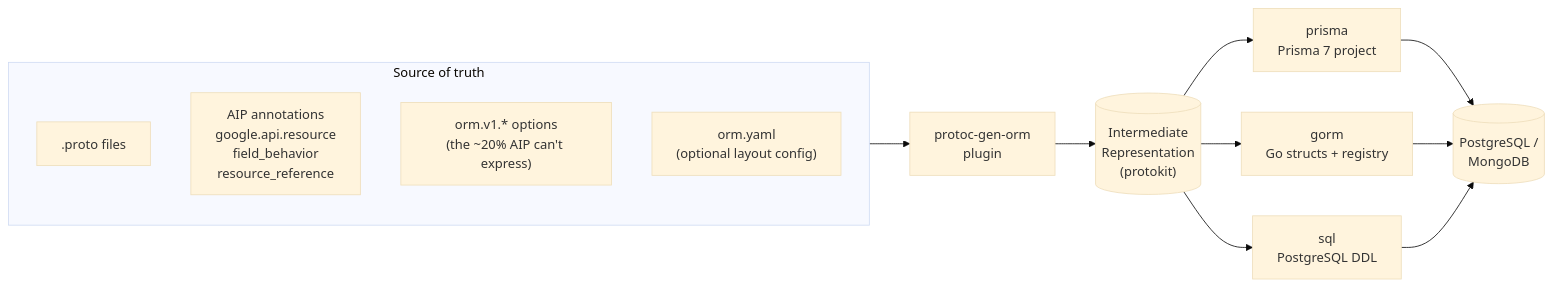
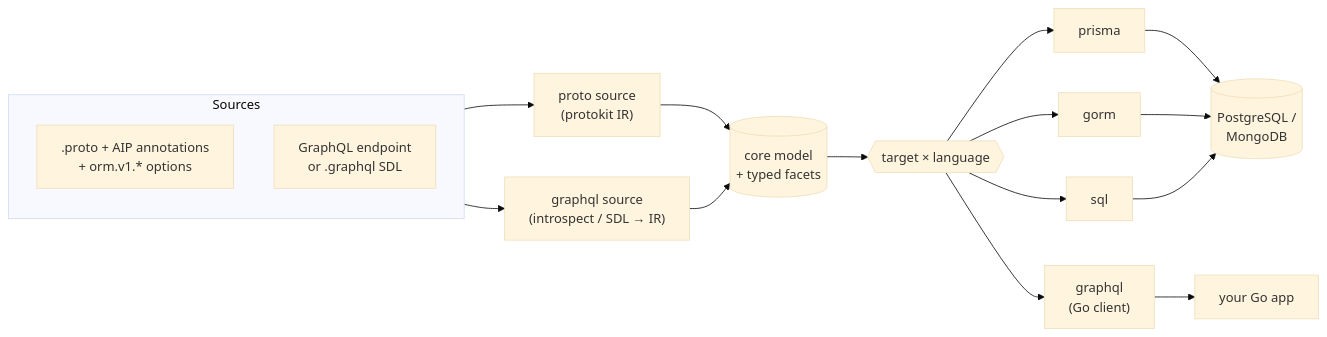
The first of 4 diagrams in README.md (the-protobuf-project/orm), drawn with Mermaid (base theme) before and after one commit. The commit also changed other lines of this file and 455 other files, not shown here.

First line of the commit message:
feat: add PostgreSQL schema and migration for kitchen database

````diff
--- a/README.md
+++ b/README.md
@@ -91,21 +108,24 @@
 ```mermaid
 flowchart LR
-    subgraph Source["Source of truth"]
+    subgraph Sources
         direction TB
-        P[".proto files"]
-        A["AIP annotations<br/>google.api.resource<br/>field_behavior<br/>resource_reference"]
-        O["orm.v1.* options<br/>(the ~20% AIP can't express)"]
-        C["orm.yaml<br/>(optional layout config)"]
+        P[".proto + AIP annotations<br/>+ orm.v1.* options"]
+        Q["GraphQL endpoint<br/>or .graphql SDL"]
     end
 
-    Source --> G["protoc-gen-orm<br/>plugin"]
-    G --> IR[("Intermediate<br/>Representation<br/>(protokit)")]
+    P --> PS["proto source<br/>(protokit IR)"]
+    Q --> QS["graphql source<br/>(introspect / SDL → IR)"]
+    PS --> M[("core model<br/>+ typed facets")]
+    QS --> M
 
-    IR --> PR["prisma<br/>Prisma 7 project"]
-    IR --> GO["gorm<br/>Go structs + registry"]
-    IR --> SQL["sql<br/>PostgreSQL DDL"]
+    M --> T{{"target × language"}}
+    T --> PR["prisma"]
+    T --> GO["gorm"]
+    T --> SQL["sql"]
+    T --> GQL["graphql<br/>(Go client)"]
 
     PR --> DB[("PostgreSQL /<br/>MongoDB")]
     GO --> DB
     SQL --> DB
+    GQL --> APP["your Go app"]
 ```
````
